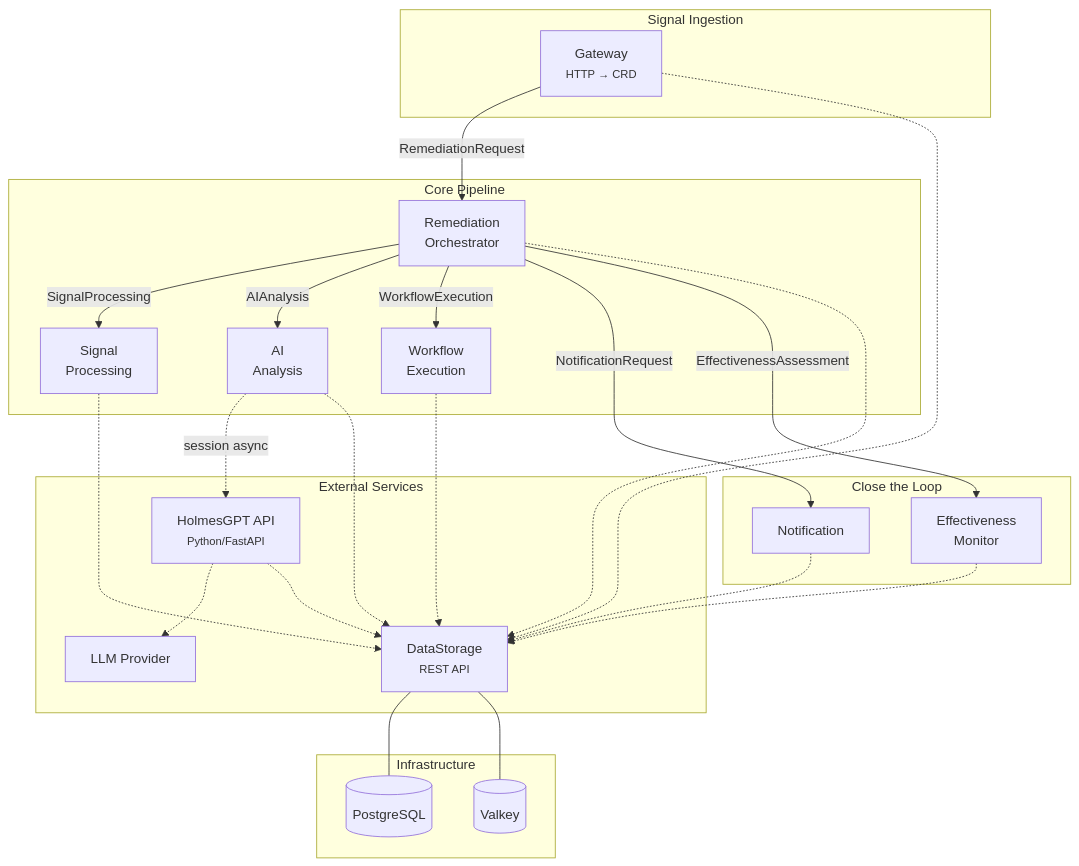
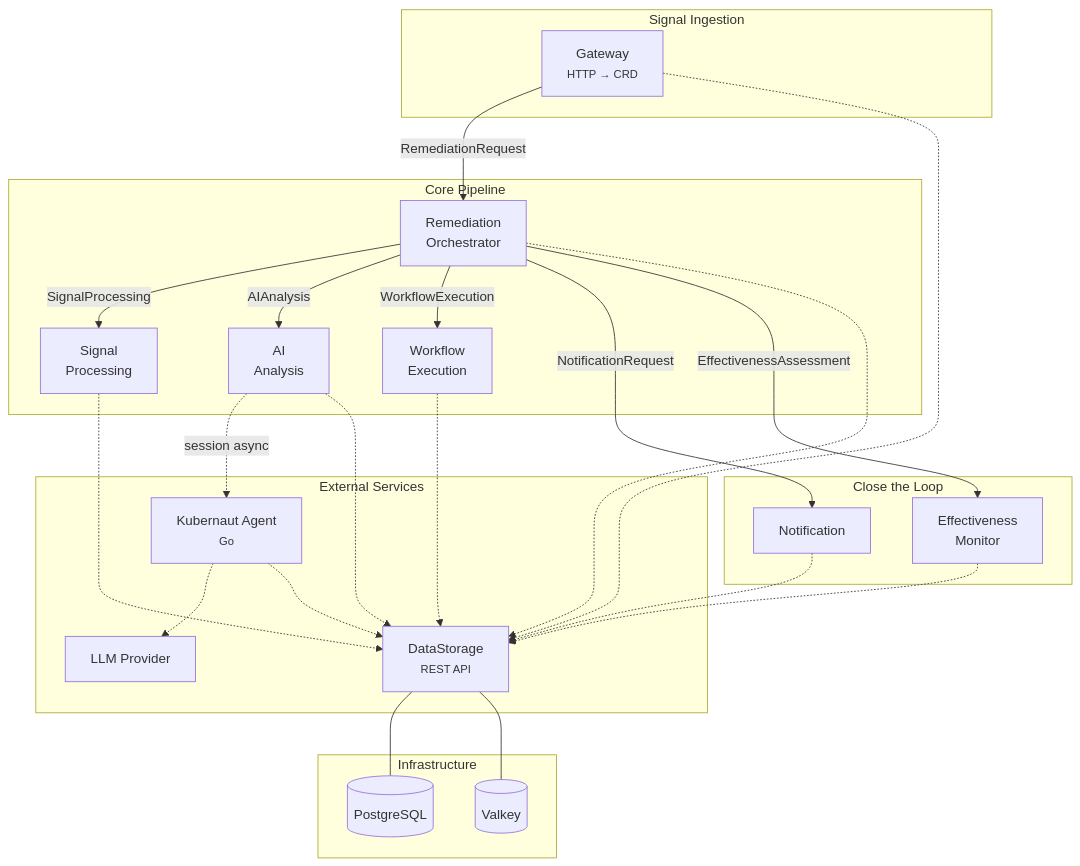
Before and after one commit to jordigilh/kubernaut-docs: the diagram in docs/architecture/overview.md, drawn with Mermaid. The commit also changed other lines of this file and 44 other files, not shown here.

First line of the commit message:
docs: rename holmesgpt-api to kubernaut-agent across all docs (v1.3)

````diff
--- a/docs/architecture/overview.md
+++ b/docs/architecture/overview.md
@@ -55,51 +55,51 @@
 ```mermaid
 graph TB
     subgraph Ingress["Signal Ingestion"]
         GW[Gateway<br/><small>HTTP → CRD</small>]
     end
 
     subgraph Core["Core Pipeline"]
         RO[Remediation<br/>Orchestrator]
         SP[Signal<br/>Processing]
         AA[AI<br/>Analysis]
         WE[Workflow<br/>Execution]
     end
 
     subgraph Closing["Close the Loop"]
         NF[Notification]
         EM[Effectiveness<br/>Monitor]
     end
 
     subgraph External["External Services"]
-        HAPI[HolmesGPT API<br/><small>Python/FastAPI</small>]
+        KA[Kubernaut Agent<br/><small>Go</small>]
         DS[DataStorage<br/><small>REST API</small>]
         LLM[LLM Provider]
     end
 
     subgraph Infra["Infrastructure"]
         PG[(PostgreSQL)]
         RD[(Valkey)]
     end
 
     GW -->|RemediationRequest| RO
     RO -->|SignalProcessing| SP
     RO -->|AIAnalysis| AA
     RO -->|WorkflowExecution| WE
     RO -->|NotificationRequest| NF
     RO -->|EffectivenessAssessment| EM
 
-    AA -.->|session async| HAPI
-    HAPI -.-> LLM
-    HAPI -.-> DS
+    AA -.->|session async| KA
+    KA -.-> LLM
+    KA -.-> DS
 
     SP -.-> DS
     AA -.-> DS
     WE -.-> DS
     NF -.-> DS
     EM -.-> DS
     RO -.-> DS
     GW -.-> DS
 
     DS --- PG
     DS --- RD
 ```
````
